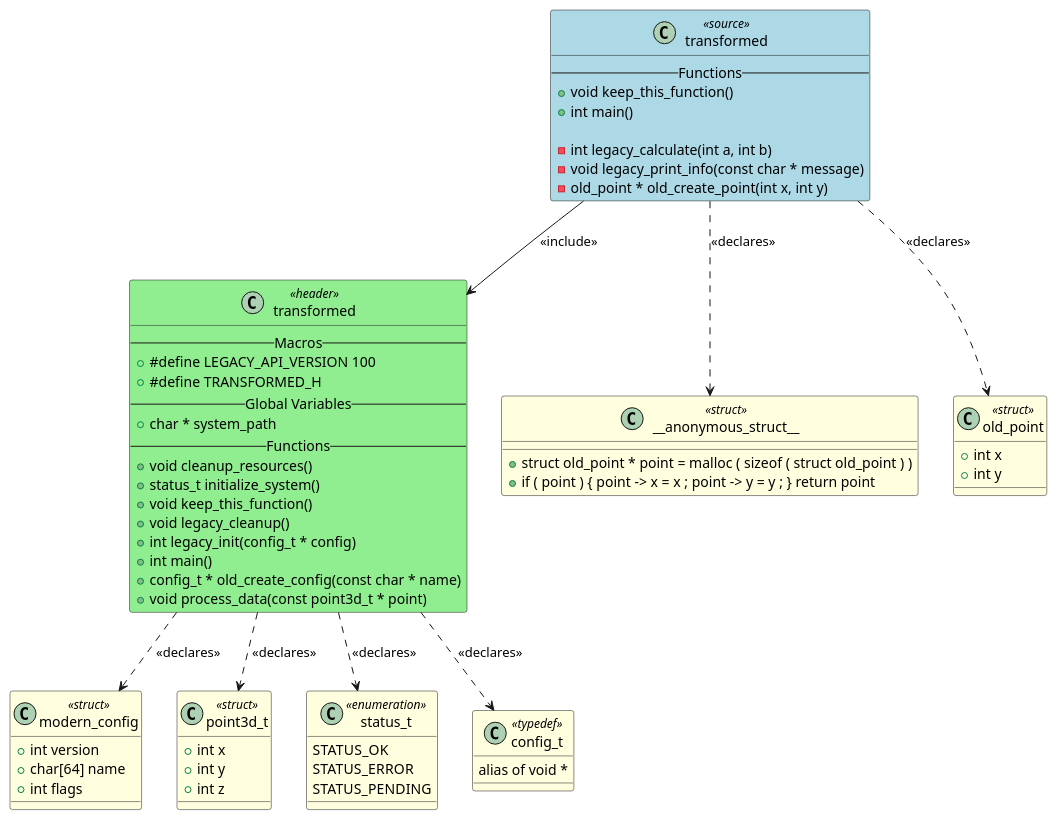
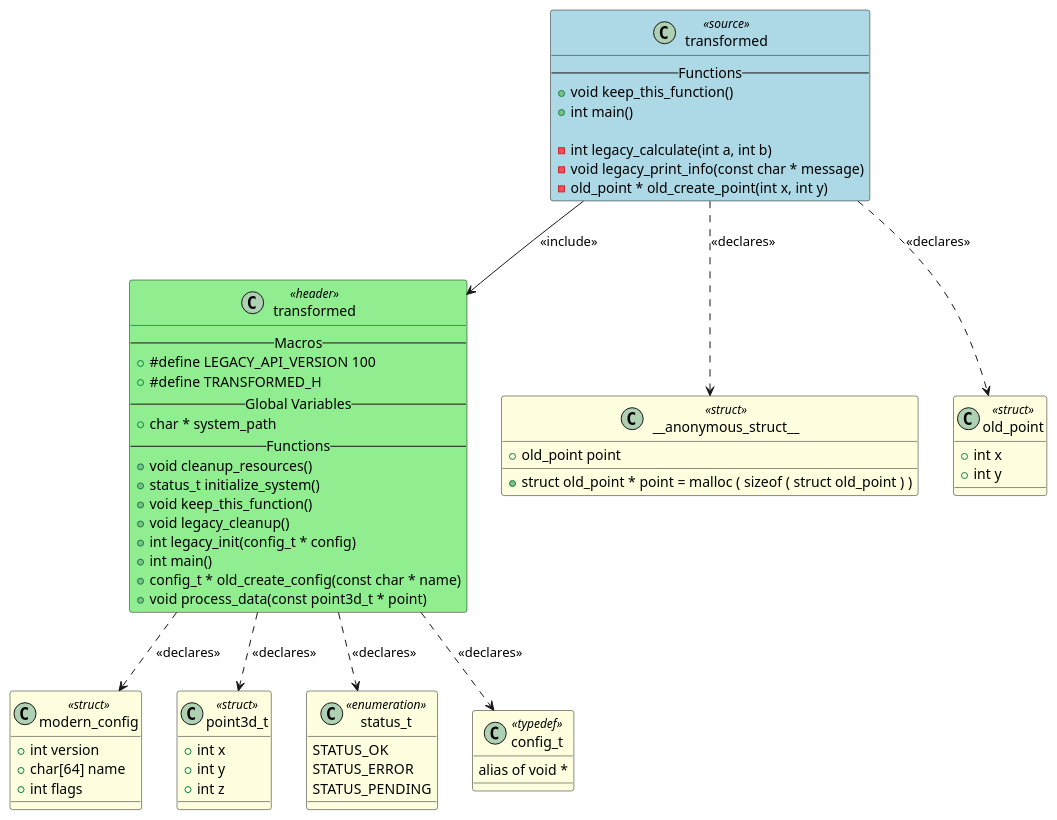
Before and after one commit to fischerjooo/c2puml: the diagram in artifacts/output_example/transformed.puml, drawn with PlantUML. The commit also changed 4 other files, not shown here.

```diff
--- a/artifacts/output_example/transformed.puml
+++ b/artifacts/output_example/transformed.puml
@@ -1,84 +1,84 @@
 @startuml transformed
 
 class "transformed" as TRANSFORMED <<source>> #LightBlue
 {
     -- Functions --
     + void keep_this_function()
     + int main()
 
     - int legacy_calculate(int a, int b)
     - void legacy_print_info(const char * message)
     - old_point * old_create_point(int x, int y)
 }
 
 class "transformed" as HEADER_TRANSFORMED <<header>> #LightGreen
 {
     -- Macros --
     + #define LEGACY_API_VERSION 100
     + #define TRANSFORMED_H
     -- Global Variables --
     + char * system_path
     -- Functions --
     + void cleanup_resources()
     + status_t initialize_system()
     + void keep_this_function()
     + void legacy_cleanup()
     + int legacy_init(config_t * config)
     + int main()
     + config_t * old_create_config(const char * name)
     + void process_data(const point3d_t * point)
 }
 
 class "__anonymous_struct__" as TYPEDEF___ANONYMOUS_STRUCT__ <<struct>> #LightYellow
 {
     + struct old_point * point = malloc ( sizeof ( struct old_point ) )
-    + if ( point ) { point -> x = x ; point -> y = y ; } return point
+    + old_point point
 }
 
 class "old_point" as TYPEDEF_OLD_POINT <<struct>> #LightYellow
 {
     + int x
     + int y
 }
 
 class "modern_config" as TYPEDEF_MODERN_CONFIG <<struct>> #LightYellow
 {
     + int version
     + char[64] name
     + int flags
 }
 
 class "point3d_t" as TYPEDEF_POINT3D_T <<struct>> #LightYellow
 {
     + int x
     + int y
     + int z
 }
 
 class "status_t" as TYPEDEF_STATUS_T <<enumeration>> #LightYellow
 {
     STATUS_OK
     STATUS_ERROR
     STATUS_PENDING
 }
 
 class "config_t" as TYPEDEF_CONFIG_T <<typedef>> #LightYellow
 {
     alias of void *
 }
 
 
 ' Include relationships
 TRANSFORMED --> HEADER_TRANSFORMED : <<include>>
 
 ' Declaration relationships
 TRANSFORMED ..> TYPEDEF___ANONYMOUS_STRUCT__ : <<declares>>
 TRANSFORMED ..> TYPEDEF_OLD_POINT : <<declares>>
 HEADER_TRANSFORMED ..> TYPEDEF_MODERN_CONFIG : <<declares>>
 HEADER_TRANSFORMED ..> TYPEDEF_POINT3D_T : <<declares>>
 HEADER_TRANSFORMED ..> TYPEDEF_STATUS_T : <<declares>>
 HEADER_TRANSFORMED ..> TYPEDEF_CONFIG_T : <<declares>>
 
 ' Uses relationships
 
 @enduml
```
